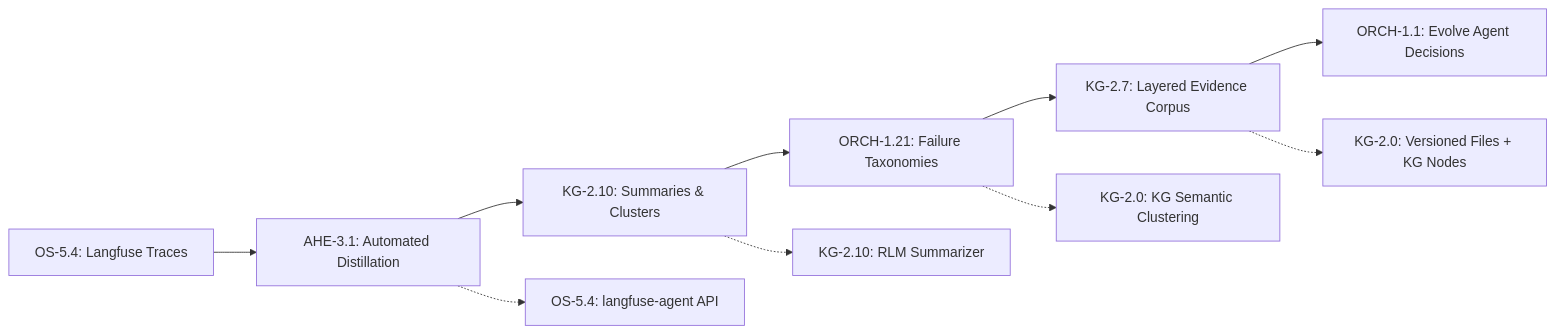
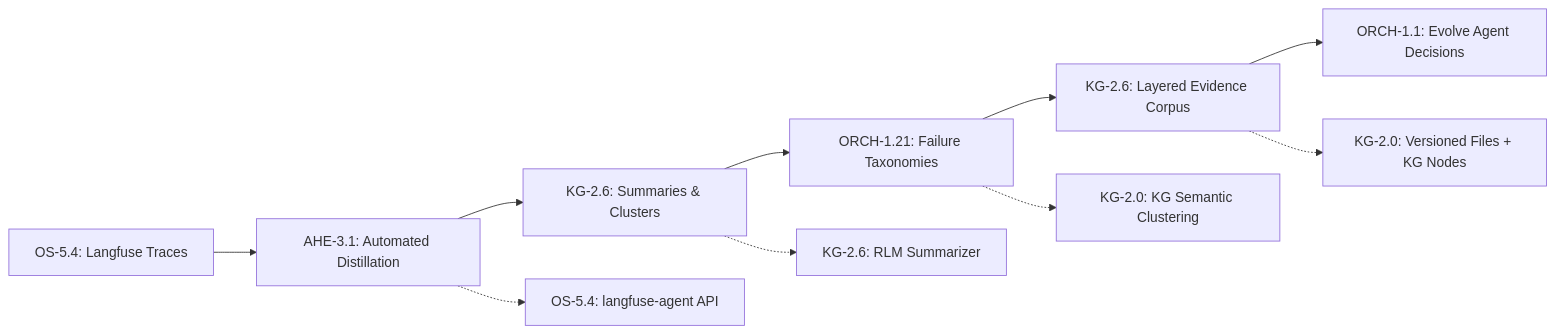
Before and after one commit to Knuckles-Team/agent-utilities: the first of 3 diagrams in docs/guides/AHE_ARCHITECTURE.md, drawn with Mermaid. The commit also changed other lines of this file and 556 other files, not shown here.

````diff
--- a/docs/guides/AHE_ARCHITECTURE.md
+++ b/docs/guides/AHE_ARCHITECTURE.md
@@ -22,13 +22,13 @@
 ```mermaid
 graph LR
     A[OS-5.4: Langfuse Traces] --> B[AHE-3.1: Automated Distillation]
-    B --> C["KG-2.10: Summaries & Clusters"]
+    B --> C["KG-2.6: Summaries & Clusters"]
     C --> D[ORCH-1.21: Failure Taxonomies]
-    D --> E[KG-2.7: Layered Evidence Corpus]
+    D --> E[KG-2.6: Layered Evidence Corpus]
     E --> F[ORCH-1.1: Evolve Agent Decisions]
 
     B -.-> G[OS-5.4: langfuse-agent API]
-    C -.-> H[KG-2.10: RLM Summarizer]
+    C -.-> H[KG-2.6: RLM Summarizer]
     D -.-> I[KG-2.0: KG Semantic Clustering]
     E -.-> J[KG-2.0: Versioned Files + KG Nodes]
 ```
````
